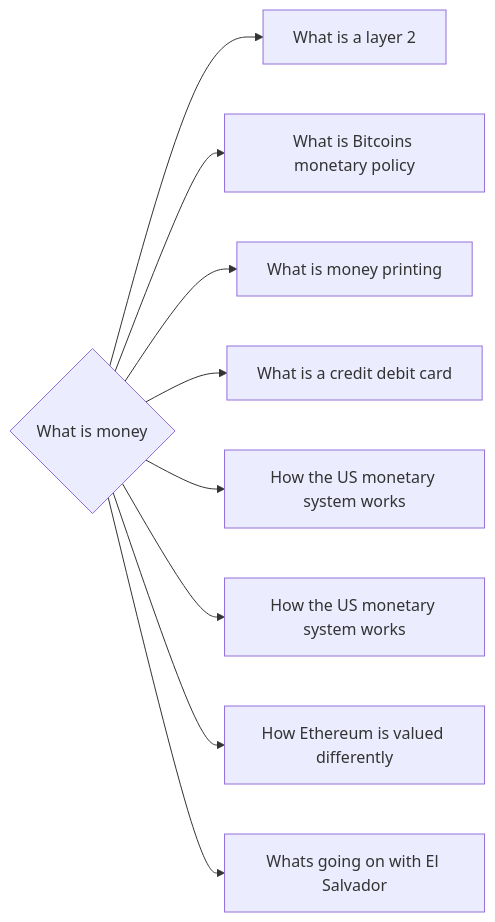
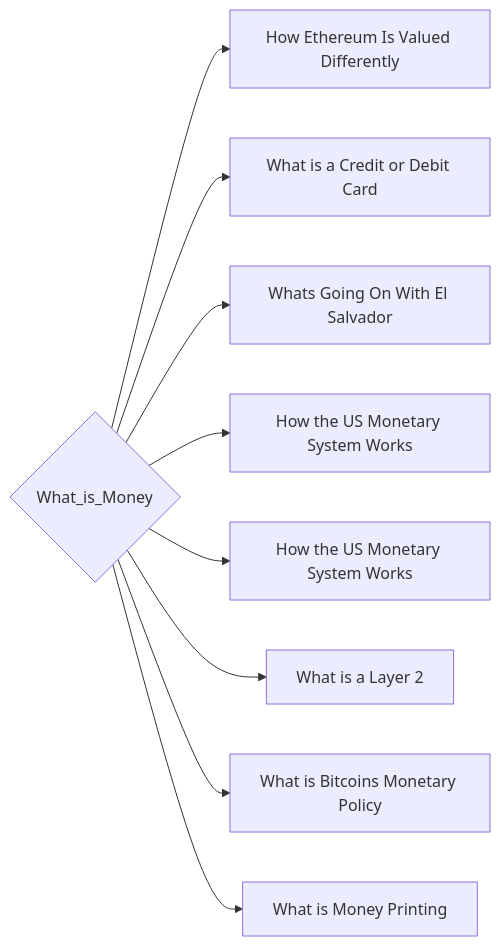
Before and after one commit to lpurdy01/crypto-knowledge-map: the diagram in notes/What_is_Money.md, drawn with Mermaid. The commit also changed 161 other files, not shown here.

````diff
--- a/notes/What_is_Money.md
+++ b/notes/What_is_Money.md
@@ -6,11 +6,11 @@
 ```mermaid
 graph LR
-0{"What is money"}-->1["What is a layer 2"]
-0{"What is money"}-->2["What is Bitcoins monetary policy"]
-0{"What is money"}-->3["What is money printing"]
-0{"What is money"}-->4["What is a credit debit card"]
-0{"What is money"}-->5["How the US monetary system works"]
-0{"What is money"}-->6["How the US monetary system works"]
-0{"What is money"}-->7["How Ethereum is valued differently"]
-0{"What is money"}-->8["Whats going on with El Salvador"]
+0{"What_is_Money"}-->1["How Ethereum Is Valued Differently"]
+0{"What_is_Money"}-->2["What is a Credit or Debit Card"]
+0{"What_is_Money"}-->3["Whats Going On With El Salvador"]
+0{"What_is_Money"}-->4["How the US Monetary System Works"]
+0{"What_is_Money"}-->5["How the US Monetary System Works"]
+0{"What_is_Money"}-->6["What is a Layer 2"]
+0{"What_is_Money"}-->7["What is Bitcoins Monetary Policy"]
+0{"What_is_Money"}-->8["What is Money Printing"]
 ```
````
